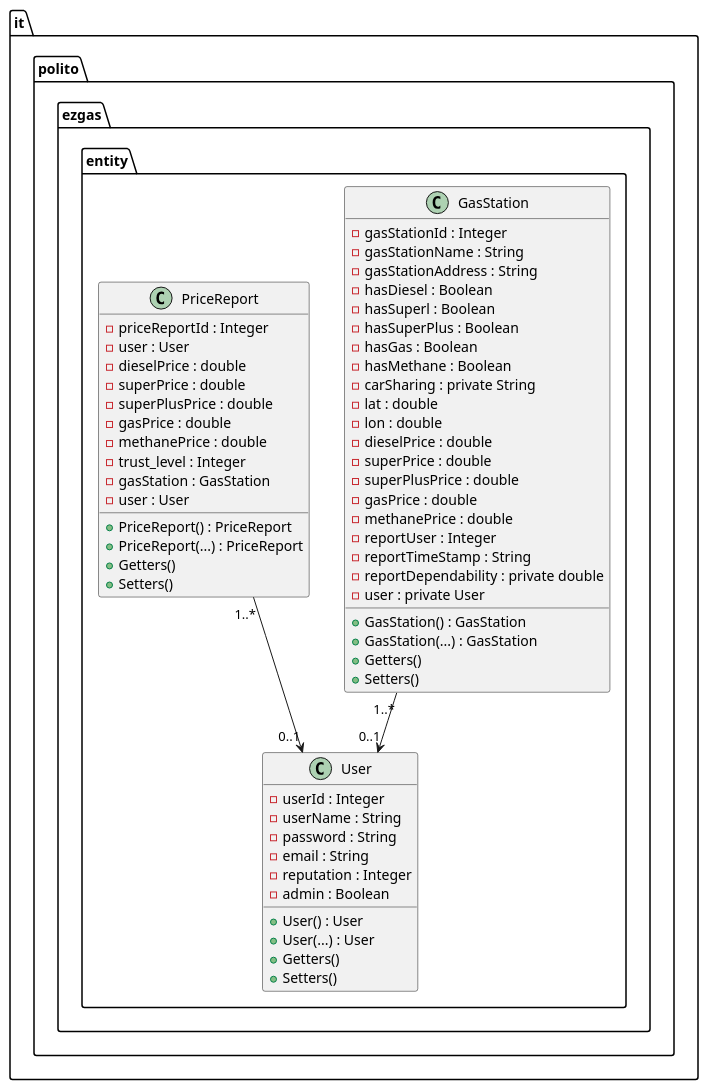
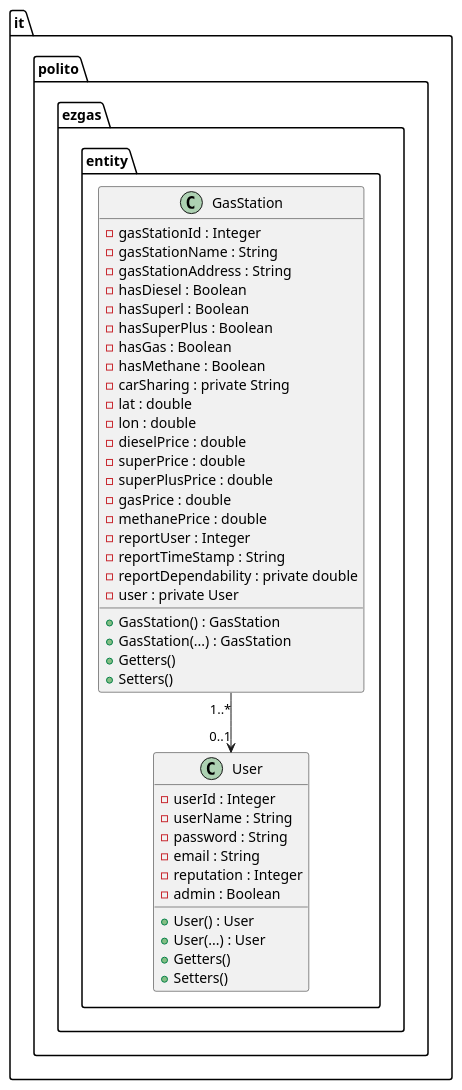
The seventh of 13 diagrams in docs/DesignDocument.md (lucarinelli/ezgas), drawn with PlantUML before and after one commit. The commit also changed other lines of this file, not shown here.

Commit message:
doc: remove ReportRepository from backend in Design Document

````diff
--- a/docs/DesignDocument.md
+++ b/docs/DesignDocument.md
@@ -388,64 +374,47 @@
 ```plantuml
 @startuml
 package "it.polito.ezgas.entity" {
 
         class User {
             -userId : Integer
             -userName : String
             -password : String
             -email : String
             -reputation : Integer
             -admin : Boolean
             +User() : User
             +User(...) : User
             +Getters()
             +Setters()
         }
         class GasStation {
             -gasStationId : Integer
             -gasStationName : String
             -gasStationAddress : String
             -hasDiesel : Boolean
             -hasSuperl : Boolean
             -hasSuperPlus : Boolean
             -hasGas : Boolean
             -hasMethane : Boolean
             -carSharing : private String
             -lat : double
             -lon : double
             -dieselPrice : double
             -superPrice : double
             -superPlusPrice : double
             -gasPrice : double
             -methanePrice : double
             -reportUser : Integer
             -reportTimeStamp : String
             -reportDependability : private double
             -user : private User
             +GasStation() : GasStation
             +GasStation(...) : GasStation
             +Getters()
             +Setters()
         }
-        class PriceReport {
-            -priceReportId : Integer
-            -user : User
-            -dieselPrice : double
-            -superPrice : double
-            -superPlusPrice : double
-            -gasPrice : double
-            -methanePrice : double
-            -trust_level : Integer
-            -gasStation : GasStation
-            -user : User
-            +PriceReport() : PriceReport
-            +PriceReport(...) : PriceReport
-            +Getters()
-            +Setters()
-        }
     }
 
 GasStation "1..*" --> "0..1" User
-PriceReport "1..*" --> "0..1" User
 @enduml
 ```
````
